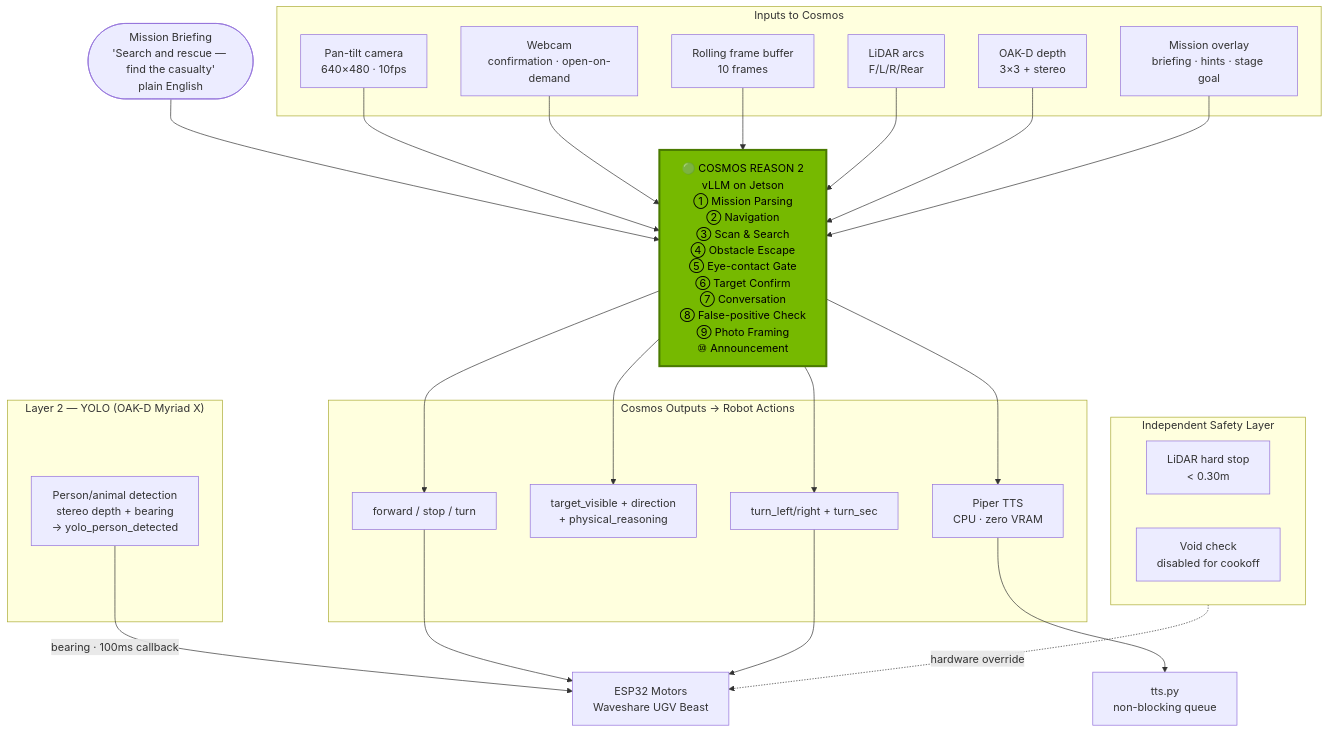
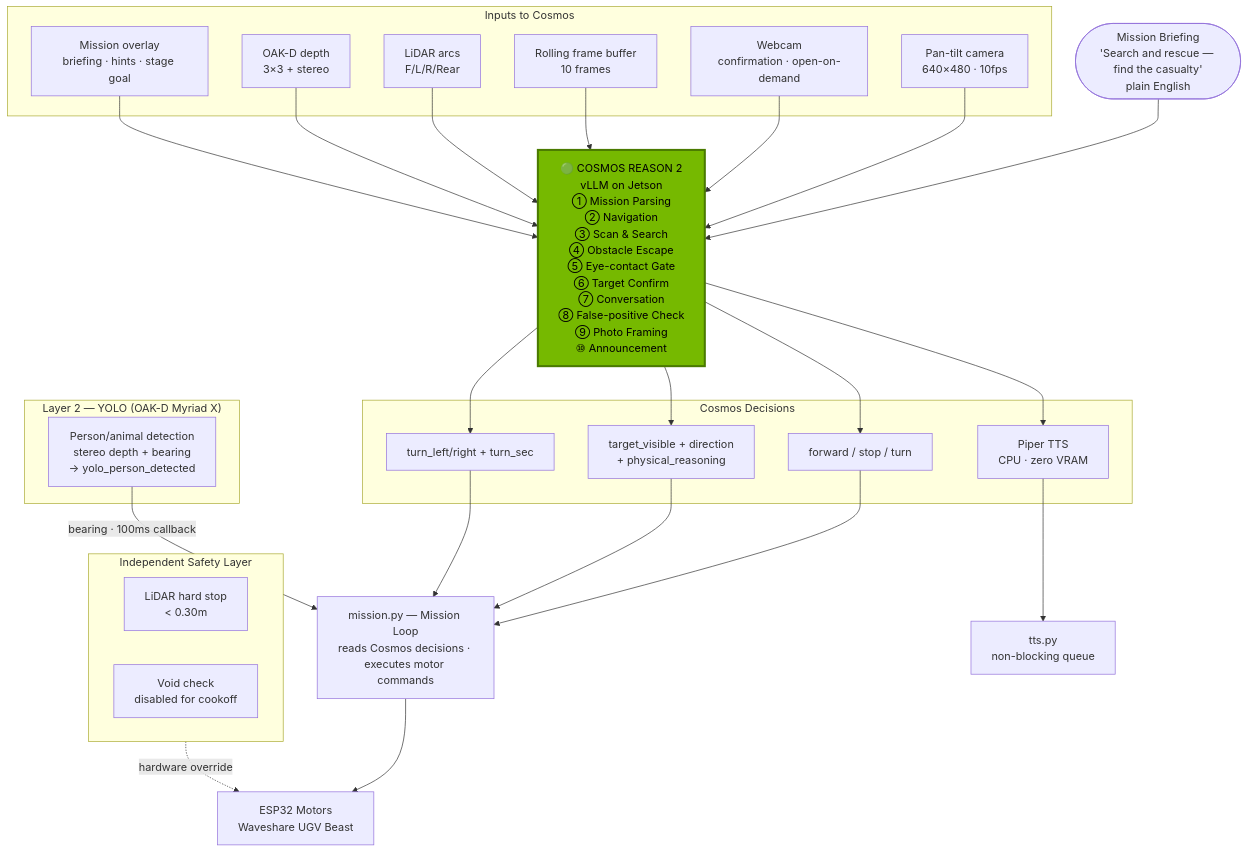
One commit to OppaAI/eric changed the diagram in README.md. Above: the diagram before and after it, drawn with Mermaid.

````diff
--- a/README.md
+++ b/README.md
@@ -57,68 +57,72 @@
 ```mermaid
 flowchart TD
     BRIEFING(["Mission Briefing
 'Search and rescue — find the casualty'
 plain English"])
 
     COSMOS["🟢 COSMOS REASON 2
 vLLM on Jetson
 ① Mission Parsing
 ② Navigation
 ③ Scan & Search
 ④ Obstacle Escape
 ⑤ Eye-contact Gate
 ⑥ Target Confirm
 ⑦ Conversation
 ⑧ False-positive Check
 ⑨ Photo Framing
 ⑩ Announcement"]
 
     style COSMOS fill:#76b900,color:#000,stroke:#4a7a00,stroke-width:3px
 
     subgraph INPUTS["Inputs to Cosmos"]
         CAM["Pan-tilt camera
 640×480 · 10fps"]
         WC["Webcam
 confirmation · open-on-demand"]
         BUF["Rolling frame buffer
 10 frames"]
         LIDAR["LiDAR arcs
 F/L/R/Rear"]
         OAKD["OAK-D depth
 3×3 + stereo"]
         OVERLAY["Mission overlay
 briefing · hints · stage goal"]
     end
 
     subgraph LAYER2["Layer 2 — YOLO (OAK-D Myriad X)"]
         YOLO["Person/animal detection
 stereo depth + bearing
 → yolo_person_detected"]
     end
 
-    subgraph OUTPUTS["Cosmos Outputs → Robot Actions"]
+    subgraph OUTPUTS["Cosmos Decisions"]
         NAV["forward / stop / turn"]
         TARGET["target_visible + direction
 + physical_reasoning"]
         ESCAPE["turn_left/right + turn_sec"]
         SPEECH["Piper TTS
 CPU · zero VRAM"]
     end
 
     subgraph SAFETY["Independent Safety Layer"]
         LIDAR_S["LiDAR hard stop
 < 0.30m"]
         VOID["Void check
 disabled for cookoff"]
     end
 
+    MISSION["mission.py — Mission Loop
+reads Cosmos decisions · executes motor commands"]
+
     BRIEFING --> COSMOS
     CAM & WC & BUF & LIDAR & OAKD & OVERLAY --> COSMOS
     COSMOS --> NAV & TARGET & ESCAPE & SPEECH
-    YOLO -->|"bearing · 100ms callback"| MOTORS
+    NAV & TARGET & ESCAPE --> MISSION
+    YOLO -->|"bearing · 100ms callback"| MISSION
     SAFETY -.->|"hardware override"| MOTORS
-    NAV & ESCAPE --> MOTORS["ESP32 Motors
+    MISSION --> MOTORS["ESP32 Motors
 Waveshare UGV Beast"]
     SPEECH --> TTS["tts.py
 non-blocking queue"]
 ```
````
